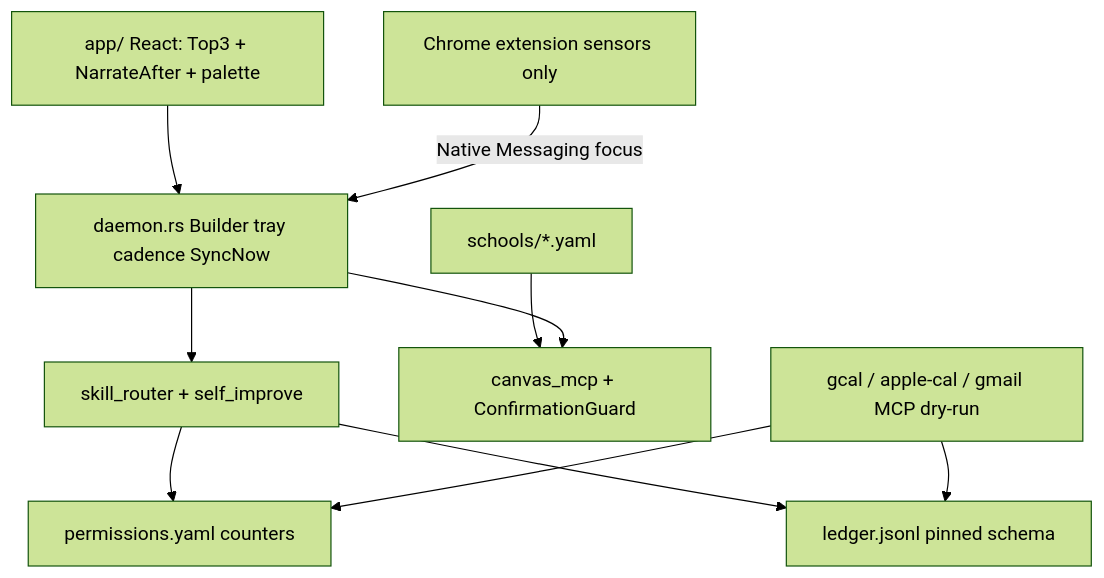
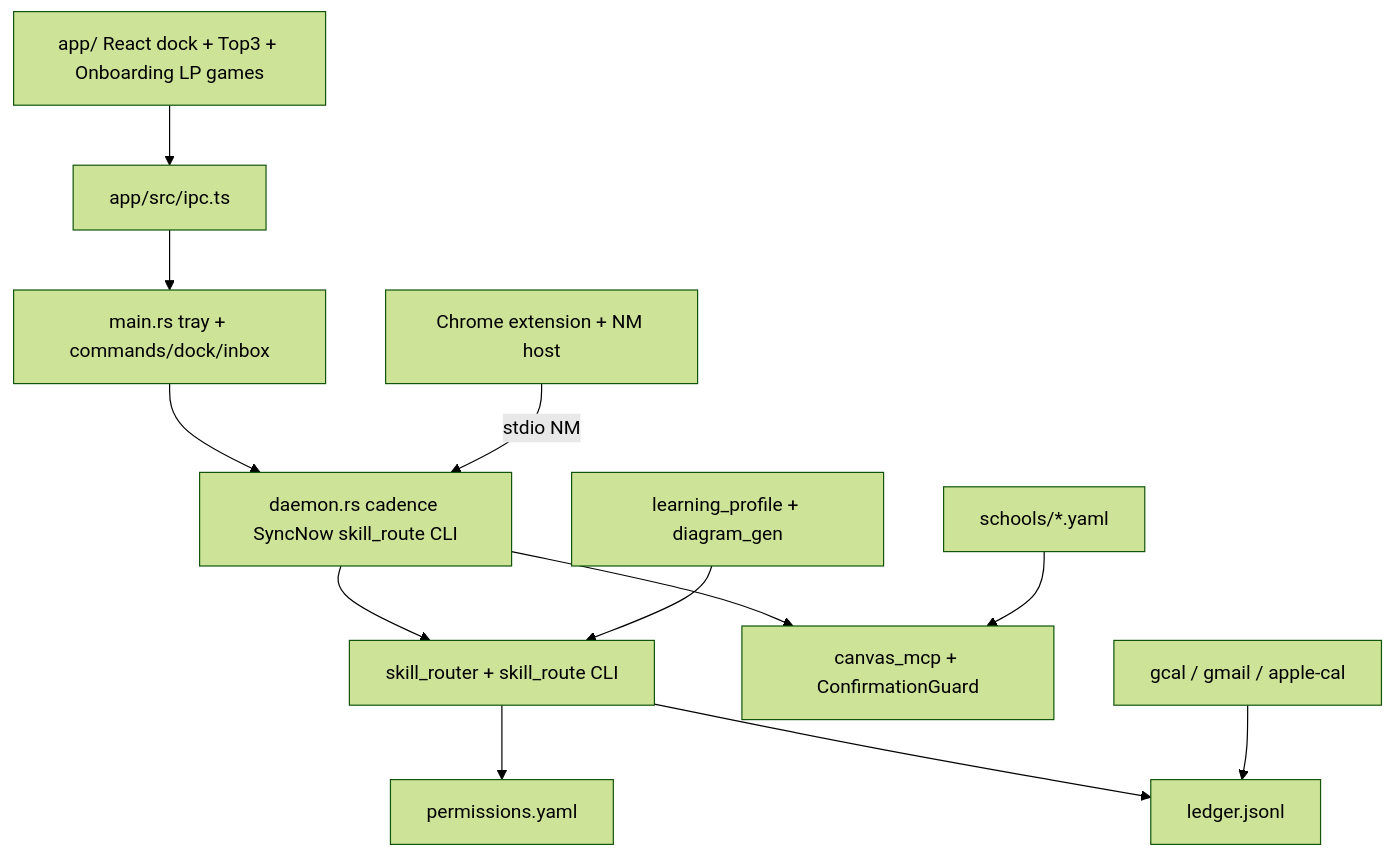
One commit to jacobdpfeifer-svg/Canvas-Helper changed the diagram in docs/handoff/architect-brief.md. Above: the diagram before and after it, drawn with Mermaid (forest theme). The commit also changed other lines of this file and 17 other files, not shown here.

````diff
--- a/docs/handoff/architect-brief.md
+++ b/docs/handoff/architect-brief.md
@@ -52,22 +52,26 @@
 ```mermaid
 flowchart TB
-  UI["app/ React: Top3 + NarrateAfter + palette"]
-  Daemon["daemon.rs Builder tray cadence SyncNow"]
-  Router["skill_router + self_improve"]
-  Perm["permissions.yaml counters"]
-  Ledger["ledger.jsonl pinned schema"]
+  UI["app/ React dock + Top3 + Onboarding LP games"]
+  IPC["app/src/ipc.ts"]
+  Rust["main.rs tray + commands/dock/inbox"]
+  Daemon["daemon.rs cadence SyncNow skill_route CLI"]
+  Router["skill_router + skill_route CLI"]
+  LP["learning_profile + diagram_gen"]
+  Perm["permissions.yaml"]
+  Ledger["ledger.jsonl"]
   School["schools/*.yaml"]
   Canvas["canvas_mcp + ConfirmationGuard"]
-  Act["gcal / apple-cal / gmail MCP dry-run"]
-  Ext["Chrome extension sensors only"]
+  Act["gcal / gmail / apple-cal"]
+  Ext["Chrome extension + NM host"]
 
-  UI --> Daemon
+  UI --> IPC --> Rust
+  Rust --> Daemon
   Daemon --> Router
+  Daemon --> Canvas
   Router --> Perm
   Router --> Ledger
+  LP --> Router
   School --> Canvas
   Act --> Ledger
-  Act --> Perm
-  Ext -->|"Native Messaging focus"| Daemon
-  Daemon --> Canvas
+  Ext -->|"stdio NM"| Daemon
 ```
````
